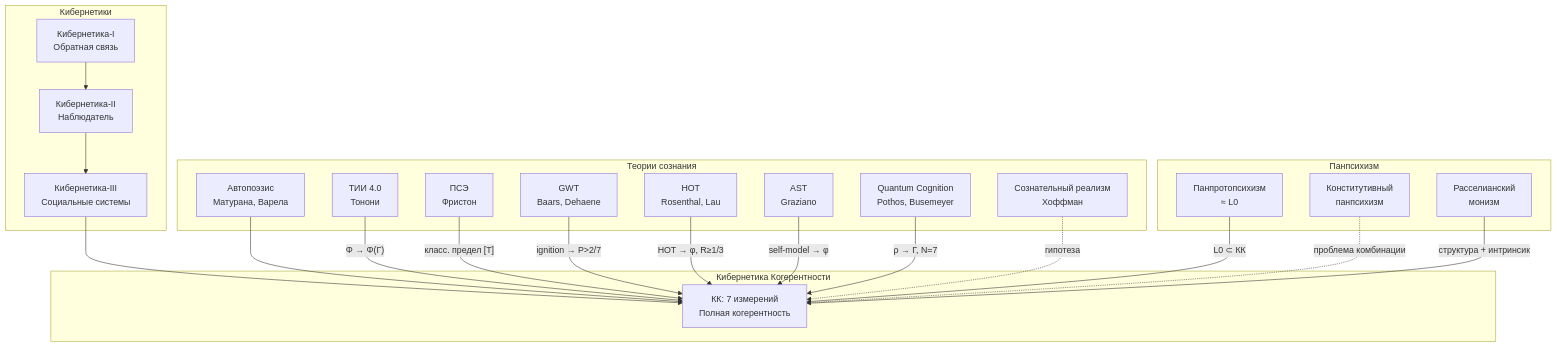
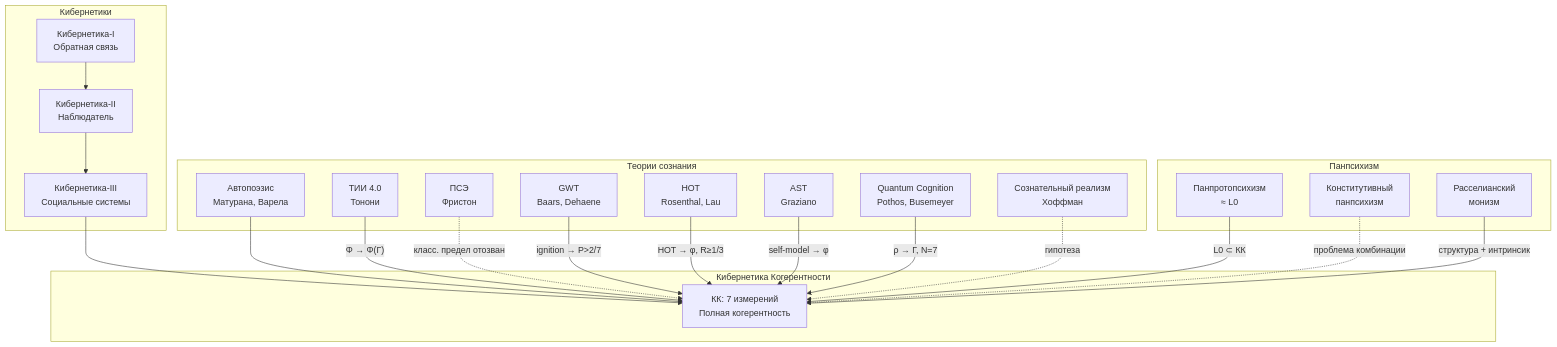
One commit to gst-st/uhm changed the first of 2 diagrams in website/i18n/ru/docusaurus-plugin-content-docs/current/consciousness/comparative/consciousness-theories.md. Above: the diagram before and after it, drawn with Mermaid. The commit also changed other lines of this file and 11 other files, not shown here.

````diff
--- a/website/i18n/ru/docusaurus-plugin-content-docs/current/consciousness/comparative/consciousness-theories.md
+++ b/website/i18n/ru/docusaurus-plugin-content-docs/current/consciousness/comparative/consciousness-theories.md
@@ -625,38 +618,38 @@
 ```mermaid
 graph TB
     subgraph "Кибернетика Когерентности"
         KK[КК: 7 измерений<br/>Полная когерентность]
     end
     subgraph "Кибернетики"
         C1[Кибернетика-I<br/>Обратная связь]
         C2[Кибернетика-II<br/>Наблюдатель]
         C3[Кибернетика-III<br/>Социальные системы]
     end
     subgraph "Теории сознания"
         AP[Автопоэзис<br/>Матурана, Варела]
         IIT[ТИИ 4.0<br/>Тонони]
         FEP[ПСЭ<br/>Фристон]
         GWT2[GWT<br/>Baars, Dehaene]
         HOT2[HOT<br/>Rosenthal, Lau]
         AST2[AST<br/>Graziano]
         QC2[Quantum Cognition<br/>Pothos, Busemeyer]
         CR[Сознательный реализм<br/>Хоффман]
     end
     subgraph "Панпсихизм"
         PP[Панпротопсихизм<br/>≈ L0]
         PC[Конститутивный<br/>панпсихизм]
         RM[Расселианский<br/>монизм]
     end
     C1 --> C2 --> C3 --> KK
     AP --> KK
     IIT -->|"Φ → Φ(Γ)"| KK
-    FEP -->|"класс. предел [Т]"| KK
+    FEP -.->|"класс. предел отозван"| KK
     GWT2 -->|"ignition → P>2/7"| KK
     HOT2 -->|"HOT → φ, R≥1/3"| KK
     AST2 -->|"self-model → φ"| KK
     QC2 -->|"ρ → Γ, N=7"| KK
     CR -.->|"гипотеза"| KK
     PP -->|"L0 ⊂ КК"| KK
     PC -.->|"проблема комбинации"| KK
     RM -->|"структура + интринсик"| KK
 ```
````
